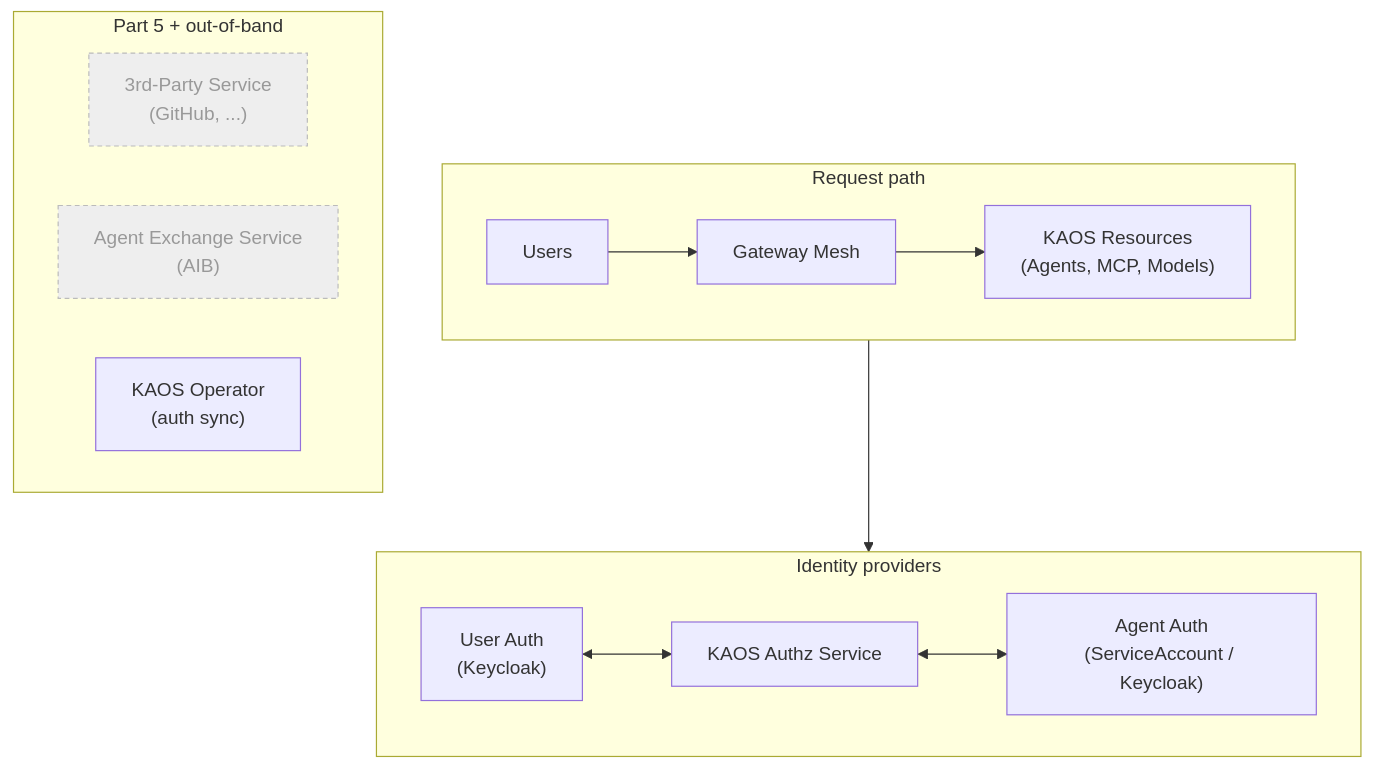
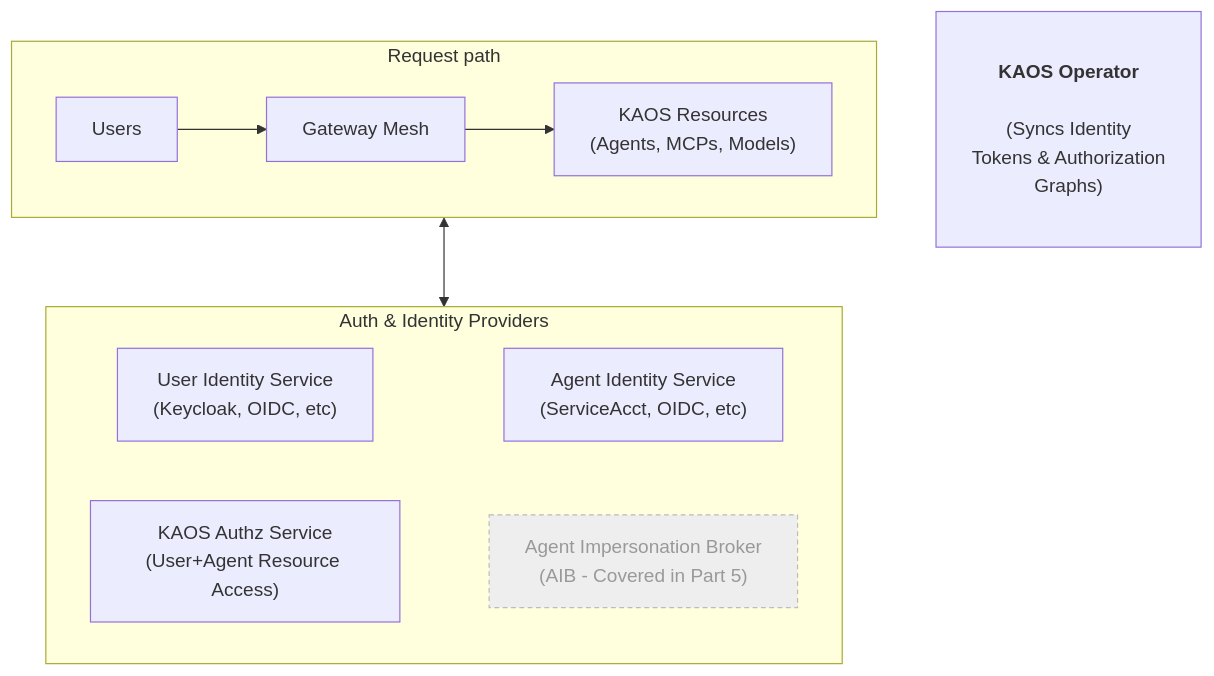
Before and after one commit to axsaucedo/kaos: the first of 12 diagrams in docs/examples/authorization-draft.md, drawn with Mermaid. The commit also changed other lines of this file, not shown here.

Commit message:
updated chart

````diff
--- a/docs/examples/authorization-draft.md
+++ b/docs/examples/authorization-draft.md
@@ -21,30 +22,26 @@
 ```mermaid
 flowchart TB
-  subgraph idp["Identity providers"]
-    direction LR
-    UA["User Auth<br/>(Keycloak)"]
-    AZ["KAOS Authz Service"]
-    AA["Agent Auth<br/>(ServiceAccount / Keycloak)"]
-  end
+  U["Users"]
+  GW["Gateway Mesh"]
+  UAuth["User Identity Service<br>(Keycloak, OIDC, etc)"]
+  AAuth["Agent Identity Service<br>(ServiceAcct, OIDC, etc)"]
+  Authz["KAOS Authz Service<br>(User+Agent Resource Access)"]
+  TPE["Agent Impersonation Broker<br>(AIB - Covered in Part 5)"]
+  KAOS["KAOS Resources<br>(Agents, MCPs, Models)"]
+  OP["⠀<br><b>KAOS Operator</b><br><br>(Syncs Identity<br> Tokens & Authorization<br> Graphs)<br>⠀"]
+
   subgraph req["Request path"]
-    direction LR
-    U["Users"]
-    GW["Gateway Mesh"]
-    RES["KAOS Resources<br/>(Agents, MCP, Models)"]
-  end
-  subgraph oob["Part 5 + out-of-band"]
-    direction LR
-    TP["3rd-Party Service<br/>(GitHub, ...)"]
-    AIB["Agent Exchange Service<br/>(AIB)"]
-    OP["KAOS Operator<br/>(auth sync)"]
+    U --> GW
+    GW --> KAOS
   end
 
-  UA <--> AZ
-  AZ <--> AA
-  U --> GW
-  GW --> AZ
-  GW --> RES
+  subgraph auth["Auth & Identity Providers"]
+    UAuth ~~~ AAuth
+    Authz ~~~ TPE
+  end
+
+  req <--> auth
 
   classDef part5 fill:#eeeeee,stroke:#bbbbbb,color:#999999,stroke-dasharray:4 3
-  class TP,AIB part5
+  class TPE part5
 ```
````
